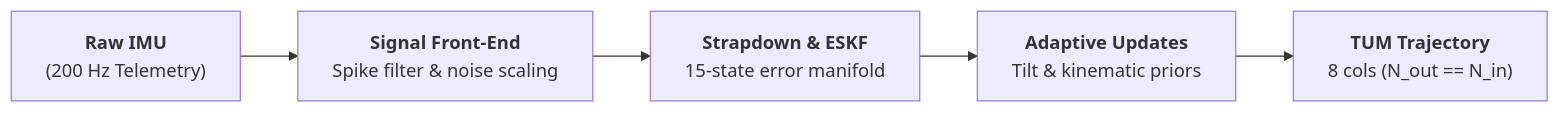
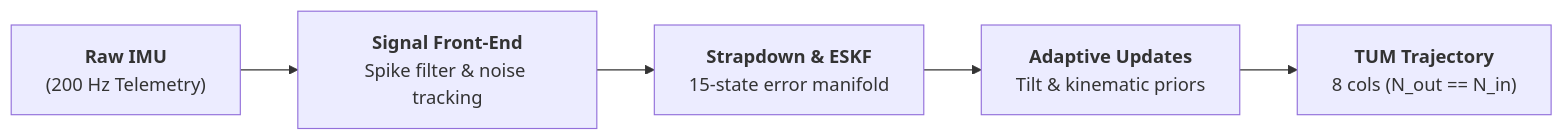
The diagram in README.md (jeeva-m-21/samsung-track3-pathfinder), drawn with Mermaid before and after one commit. The commit also changed other lines of this file and 31 other files, not shown here.

````diff
--- a/README.md
+++ b/README.md
@@ -35,7 +37,7 @@
 ```mermaid
 flowchart LR
-    A["<b>Raw IMU</b><br/>(200 Hz Telemetry)"] --> B["<b>Signal Front-End</b><br/>Spike filter & noise scaling"]
+    A["<b>Raw IMU</b><br/>(200 Hz Telemetry)"] --> B["<b>Signal Front-End</b><br/>Spike filter & noise tracking"]
     B --> C["<b>Strapdown & ESKF</b><br/>15-state error manifold"]
     C --> D["<b>Adaptive Updates</b><br/>Tilt & kinematic priors"]
     D --> E["<b>TUM Trajectory</b><br/>8 cols (N_out == N_in)"]
 ```
````
